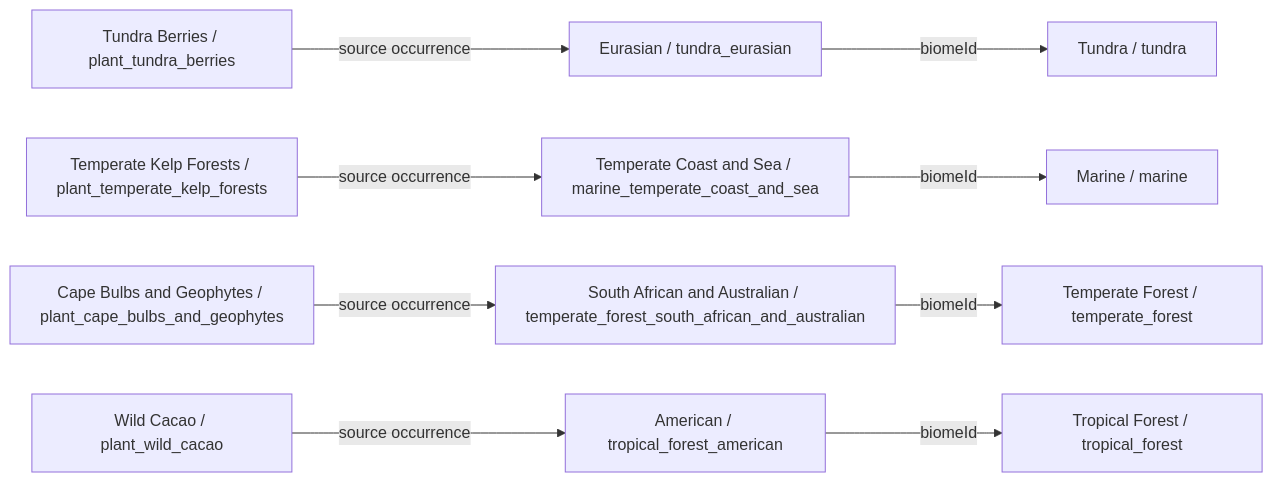
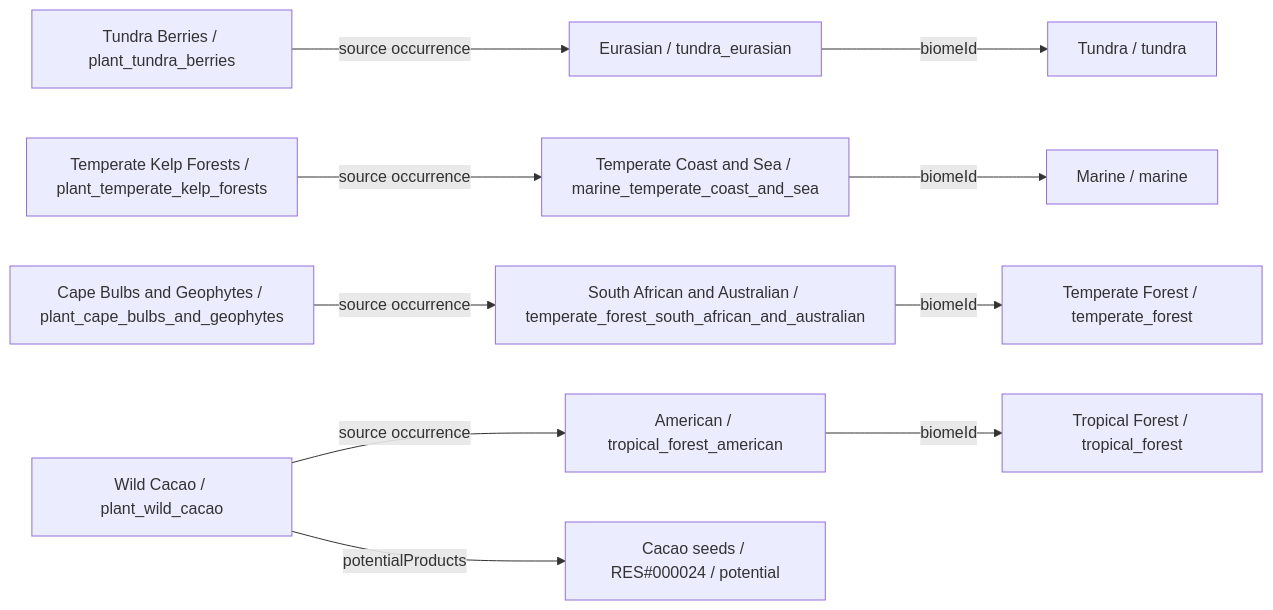
One commit to fgabo404/EvolveDoc changed the eighth of 39 diagrams in data/plants/DIAGRAMS.md. Above: the diagram before and after it, drawn with Mermaid. The commit also changed other lines of this file and 50 other files, not shown here.

````diff
--- a/data/plants/DIAGRAMS.md
+++ b/data/plants/DIAGRAMS.md
@@ -328,23 +330,25 @@
 ```mermaid
 flowchart LR
     c0["Tundra Berries / plant_tundra_berries"]
     v9["Eurasian / tundra_eurasian"]
     b2["Tundra / tundra"]
     c1["Temperate Kelp Forests / plant_temperate_kelp_forests"]
     v20["Temperate Coast and Sea / marine_temperate_coast_and_sea"]
     b5["Marine / marine"]
     c2["Cape Bulbs and Geophytes / plant_cape_bulbs_and_geophytes"]
     v6["South African and Australian / temperate_forest_south_african_and_australian"]
     b1["Temperate Forest / temperate_forest"]
     c3["Wild Cacao / plant_wild_cacao"]
     v0["American / tropical_forest_american"]
     b0["Tropical Forest / tropical_forest"]
+    o3_0["Cacao seeds / RES#000024 / potential"]
     c0 -->|source occurrence| v9
     c1 -->|source occurrence| v20
     c2 -->|source occurrence| v6
+    c3 -->|potentialProducts| o3_0
     c3 -->|source occurrence| v0
     v0 -->|biomeId| b0
     v20 -->|biomeId| b5
     v6 -->|biomeId| b1
     v9 -->|biomeId| b2
 ```
````
